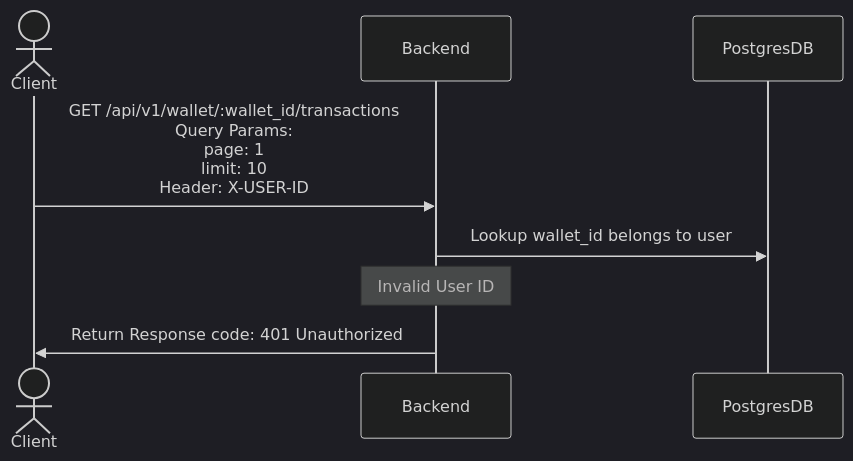
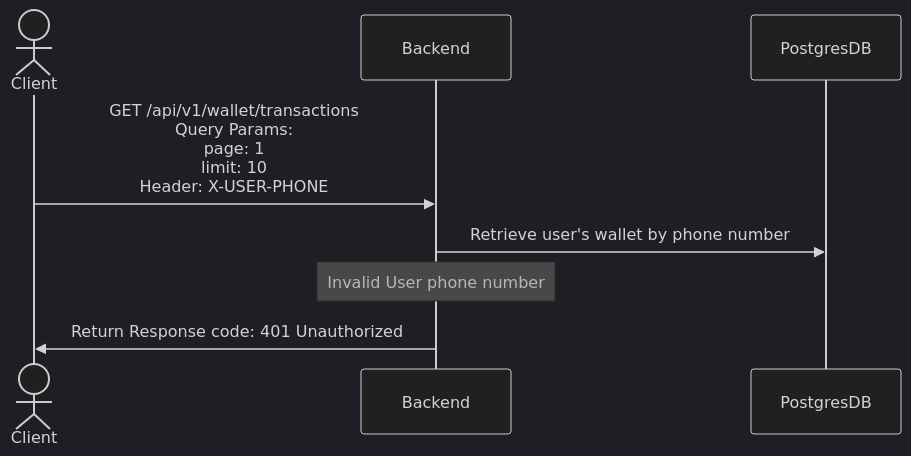
One commit to leeliwei930/walletassignment changed the first of 2 diagrams in docs/scenarios/view_authenticated_user_wallet_transactions.md. Above: the diagram before and after it, drawn with Mermaid (dark theme). The commit also changed other lines of this file and 6 other files, not shown here.

Commit message:
Update authentication method in README and scenarios to use X-PHONE-NUMBER header; add OpenAPI documentation for wallet API endpoints and scenarios for deposit, withdrawal, and transfer operations.

````diff
--- a/docs/scenarios/view_authenticated_user_wallet_transactions.md
+++ b/docs/scenarios/view_authenticated_user_wallet_transactions.md
@@ -2,13 +2,13 @@
 ```mermaid
 sequenceDiagram
     actor Client
     participant Backend
     participant PostgresDB
 
-    Client->>Backend: GET /api/v1/wallet/:wallet_id/transactions<br/>Query Params:<br/>page: 1<br/>limit: 10<br/>Header: X-USER-ID
-    Backend->>PostgresDB: Lookup wallet_id belongs to user
-	Note over Backend: Invalid User ID
+    Client->>Backend: GET /api/v1/wallet/transactions<br/>Query Params:<br/>page: 1<br/>limit: 10<br/>Header: X-USER-PHONE
+    Backend->>PostgresDB: Retrieve user's wallet by phone number
+	Note over Backend: Invalid User phone number
 	Backend->> Client: Return Response code: 401 Unauthorized
     
 
 ```
````
